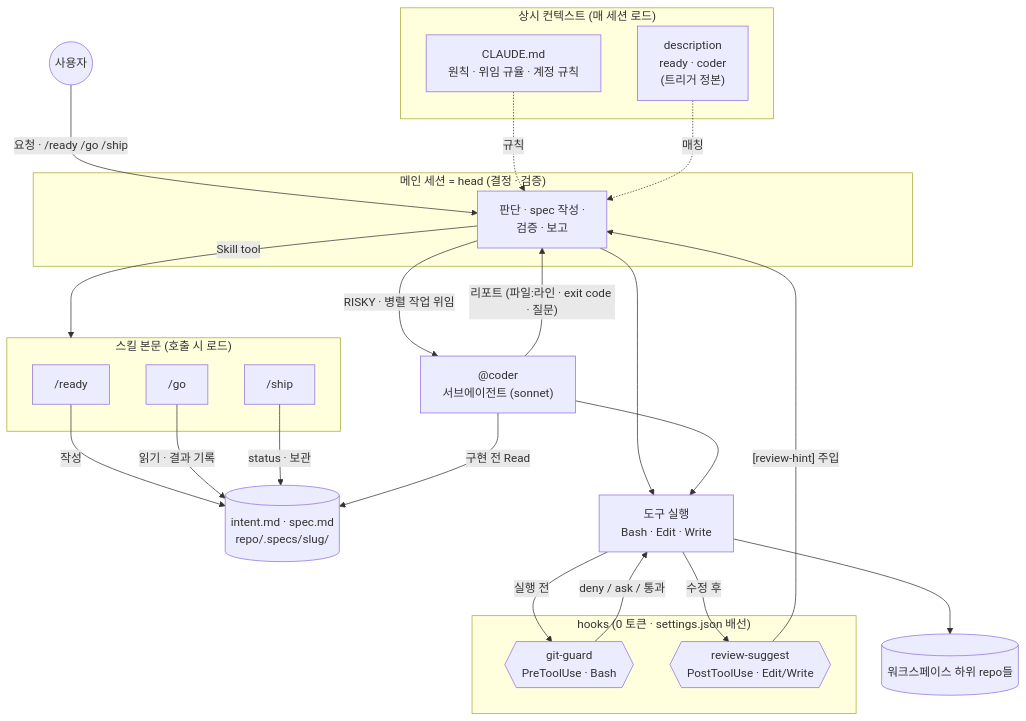
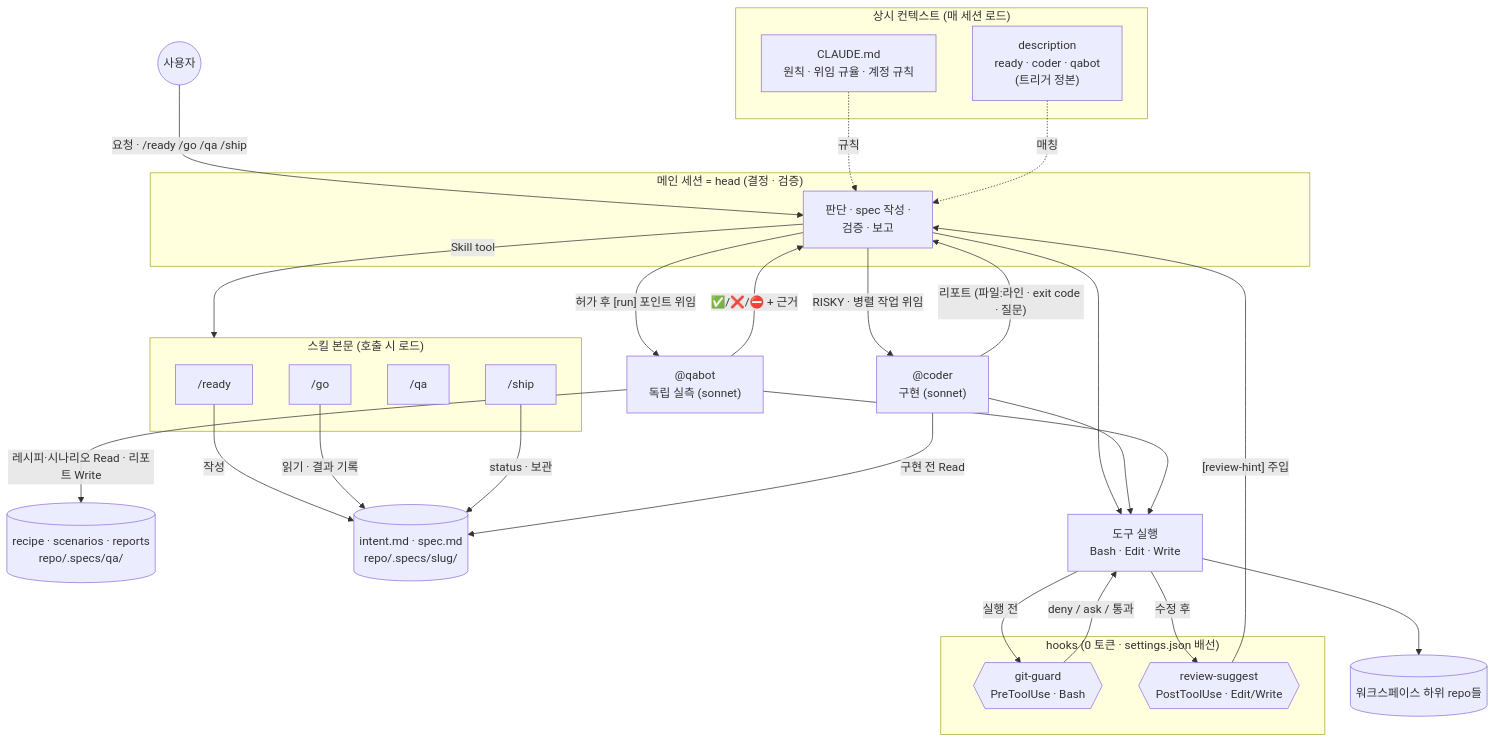
The first of 2 diagrams in README.md (95hyun/my-machina), drawn with Mermaid before and after one commit. The commit also changed other lines of this file and 7 other files, not shown here.

First line of the commit message:
feat: /qa 스킬 + @qabot 도입 — 런타임·UI 확인 포인트 독립 실측

````diff
--- a/README.md
+++ b/README.md
@@ -45,48 +45,55 @@
 ```mermaid
 flowchart TB
     U(("사용자"))
 
     subgraph CTX["상시 컨텍스트 (매 세션 로드)"]
         CM["CLAUDE.md<br/>원칙 · 위임 규율 · 계정 규칙"]
-        DS["description<br/>ready · coder<br/>(트리거 정본)"]
+        DS["description<br/>ready · coder · qabot<br/>(트리거 정본)"]
     end
 
     subgraph HEAD["메인 세션 = head (결정 · 검증)"]
         M["판단 · spec 작성 ·<br/>검증 · 보고"]
     end
 
     subgraph SK["스킬 본문 (호출 시 로드)"]
         R["/ready"]
         G["/go"]
+        Q["/qa"]
         S["/ship"]
     end
 
-    C["@coder<br/>서브에이전트 (sonnet)"]
+    C["@coder<br/>구현 (sonnet)"]
+    QB["@qabot<br/>독립 실측 (sonnet)"]
+    QA[("recipe · scenarios · reports<br/>repo/.specs/qa/")]
     SPEC[("intent.md · spec.md<br/>repo/.specs/slug/")]
 
     subgraph HK["hooks (0 토큰 · settings.json 배선)"]
         GG{{"git-guard<br/>PreToolUse · Bash"}}
         RS{{"review-suggest<br/>PostToolUse · Edit/Write"}}
     end
 
     T["도구 실행<br/>Bash · Edit · Write"]
     REPO[("워크스페이스 하위 repo들")]
 
-    U -- "요청 · /ready /go /ship" --> M
+    U -- "요청 · /ready /go /qa /ship" --> M
     CM -. 규칙 .-> M
     DS -. 매칭 .-> M
     M -- "Skill tool" --> SK
     R -- 작성 --> SPEC
     G -- 읽기 · 결과 기록 --> SPEC
     S -- "status · 보관" --> SPEC
     M -- "RISKY · 병렬 작업 위임" --> C
     C -- "구현 전 Read" --> SPEC
     C -- "리포트 (파일:라인 · exit code · 질문)" --> M
+    M -- "허가 후 [run] 포인트 위임" --> QB
+    QB -- "레시피·시나리오 Read · 리포트 Write" --> QA
+    QB -- "✅/❌/⛔ + 근거" --> M
     M --> T
     C --> T
+    QB --> T
     T -- "실행 전" --> GG
     GG -- "deny / ask / 통과" --> T
     T --> REPO
     T -- "수정 후" --> RS
     RS -- "[review-hint] 주입" --> M
 ```
````
